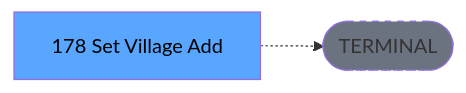
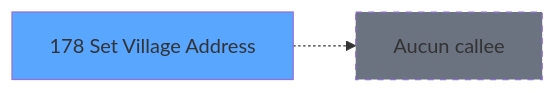
The third of 3 diagrams in .openspec/specs/ADH-IDE-178.md (thonyAGP/lecteur-magic), drawn with Mermaid before and after one commit. The commit also changed other lines of this file and 96 other files, not shown here.

````diff
--- a/.openspec/specs/ADH-IDE-178.md
+++ b/.openspec/specs/ADH-IDE-178.md
@@ -134,8 +150,8 @@
 ```mermaid
 graph LR
-    T[178 Set Village Add]
-    TERM([TERMINAL])
-    T -.-> TERM
-    style TERM fill:#6b7280,stroke-dasharray: 5 5
-    style T fill:#58a6ff,color:#000
+    T178[178 Set Village Address]
+    style T178 fill:#58a6ff
+    NONE[Aucun callee]
+    T178 -.-> NONE
+    style NONE fill:#6b7280,stroke-dasharray: 5 5
 ```
````
